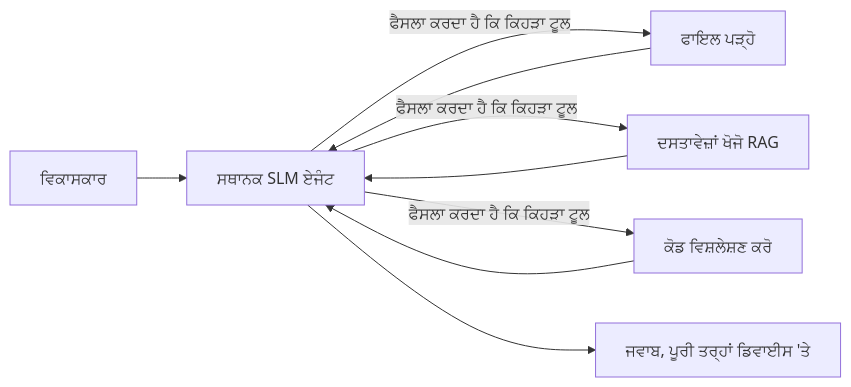
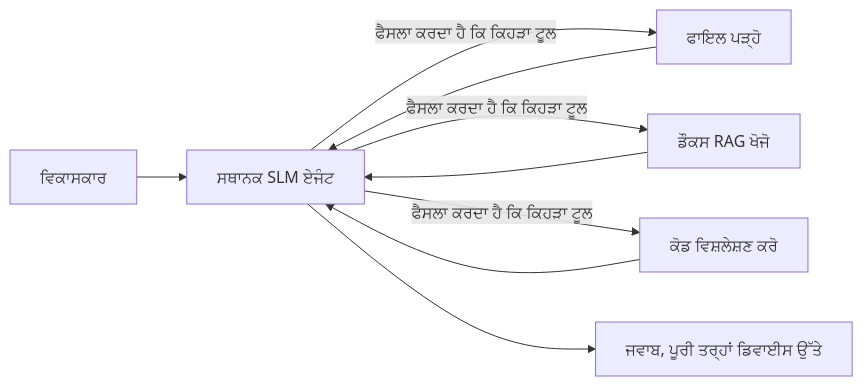
The first of 4 diagrams in translations/pa/17-creating-local-ai-agents/README.md (microsoft/ai-agents-for-beginners), drawn with Mermaid before and after one commit. The commit also changed other lines of this file and 46 other files, not shown here.

````diff
--- a/translations/pa/17-creating-local-ai-agents/README.md
+++ b/translations/pa/17-creating-local-ai-agents/README.md
@@ -66,11 +66,11 @@
 ```mermaid
 flowchart LR
     U[ਵਿਕਾਸਕਾਰ] --> A[ਸਥਾਨਕ SLM ਏਜੰਟ]
     A -->|ਫੈਸਲਾ ਕਰਦਾ ਹੈ ਕਿ ਕਿਹੜਾ ਟੂਲ| T1[ਫਾਇਲ ਪੜ੍ਹੋ]
-    A -->|ਫੈਸਲਾ ਕਰਦਾ ਹੈ ਕਿ ਕਿਹੜਾ ਟੂਲ| T2[ਦਸਤਾਵੇਜ਼ਾਂ ਖੋਜੋ RAG]
+    A -->|ਫੈਸਲਾ ਕਰਦਾ ਹੈ ਕਿ ਕਿਹੜਾ ਟੂਲ| T2[ਡੌਕਸ RAG ਖੋਜੋ]
     A -->|ਫੈਸਲਾ ਕਰਦਾ ਹੈ ਕਿ ਕਿਹੜਾ ਟੂਲ| T3[ਕੋਡ ਵਿਸ਼ਲੇਸ਼ਣ ਕਰੋ]
     T1 --> A
     T2 --> A
     T3 --> A
-    A --> R[ਜਵਾਬ, ਪੂਰੀ ਤਰ੍ਹਾਂ ਡਿਵਾਈਸ 'ਤੇ]
+    A --> R[ਜਵਾਬ, ਪੂਰੀ ਤਰ੍ਹਾਂ ਡਿਵਾਈਸ ਉੱਤੇ]
 ```
````
